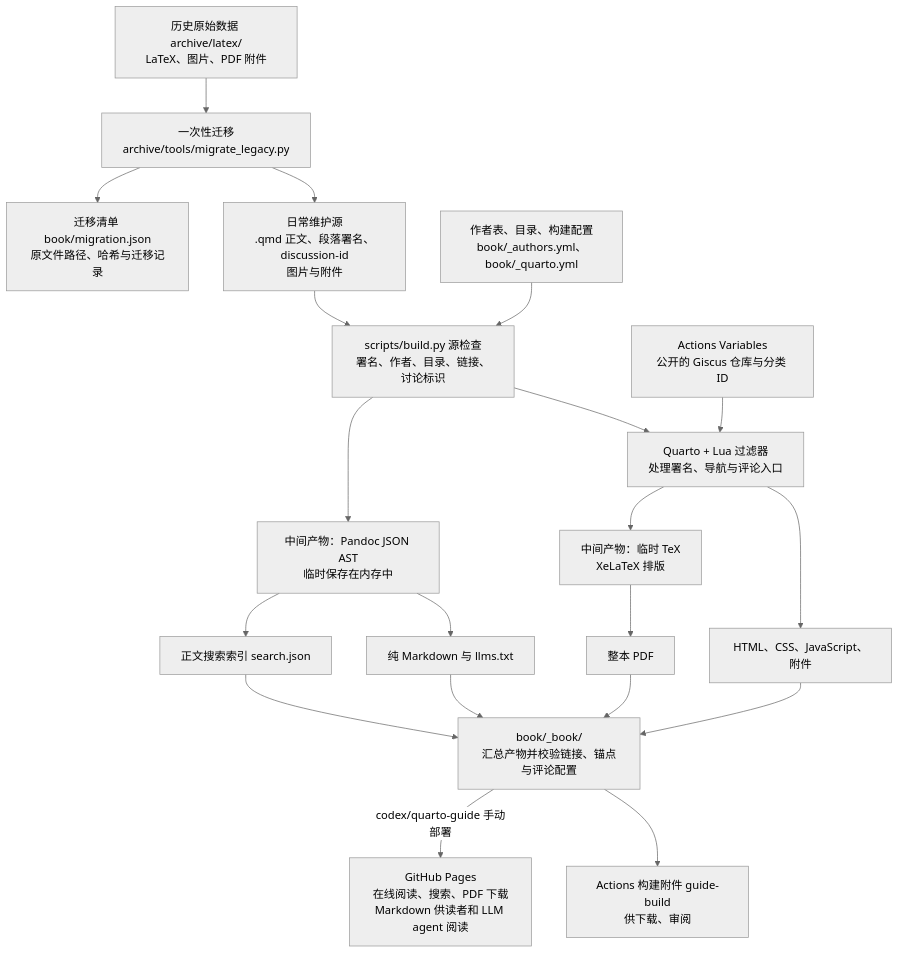
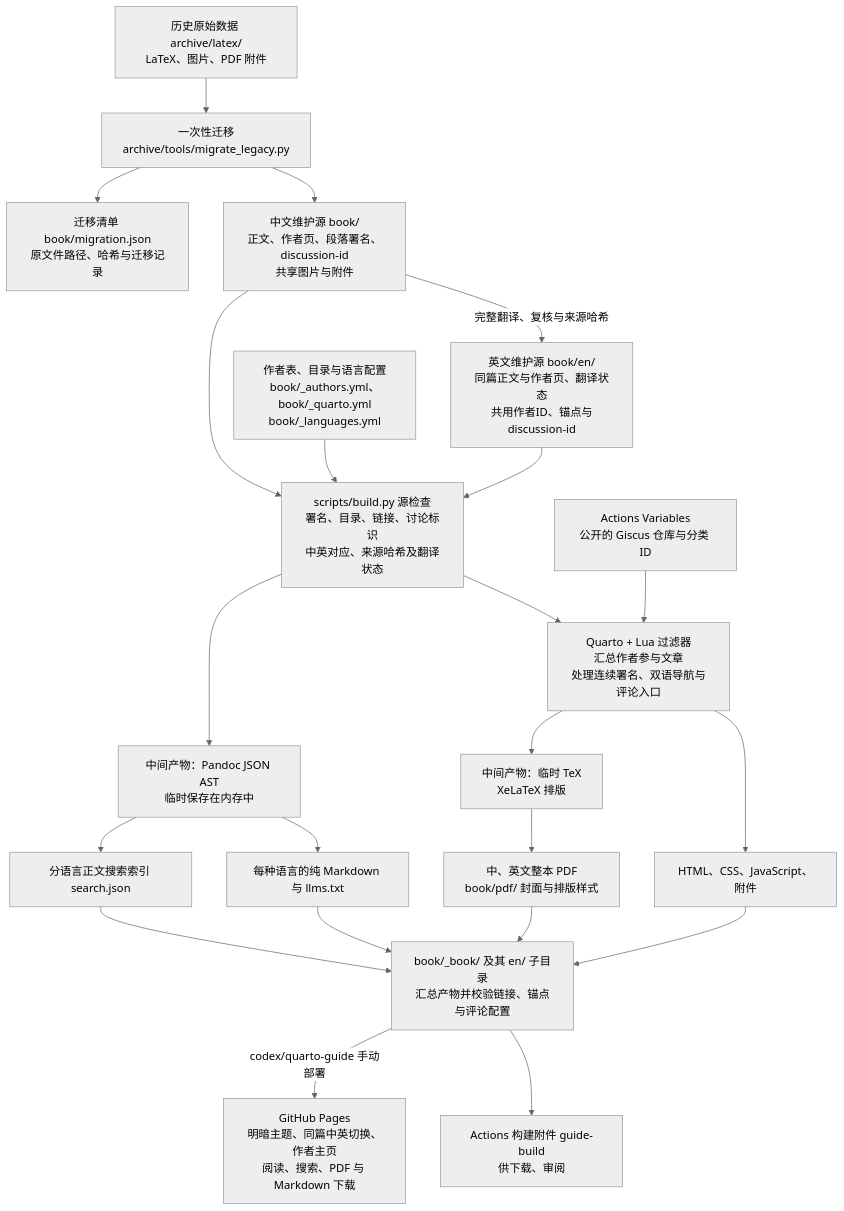
Before and after one commit to xp-pgrs-unofficial-guide/xp_pgrs_unofficial_guide: the first of 2 diagrams in docs/data-flow.md, drawn with Mermaid (neutral theme). The commit also changed other lines of this file and 91 other files, not shown here.

````diff
--- a/docs/data-flow.md
+++ b/docs/data-flow.md
@@ -7,30 +7,32 @@
 ```mermaid
 flowchart TD
     OLD["历史原始数据 archive/latex/<br/>LaTeX、图片、PDF 附件"]
     OLD --> MIG["一次性迁移<br/>archive/tools/migrate_legacy.py"]
-    MIG --> SRC["日常维护源<br/>.qmd 正文、段落署名、discussion-id<br/>图片与附件"]
+    MIG --> SRC["中文维护源 book/<br/>正文、作者页、段落署名、discussion-id<br/>共享图片与附件"]
+    SRC -->|"完整翻译、复核与来源哈希"| EN["英文维护源 book/en/<br/>同篇正文与作者页、翻译状态<br/>共用作者ID、锚点与discussion-id"]
     MIG --> MAN["迁移清单 book/migration.json<br/>原文件路径、哈希与迁移记录"]
 
-    META["作者表、目录、构建配置<br/>book/_authors.yml、book/_quarto.yml"]
-    SRC --> CHECK["scripts/build.py 源检查<br/>署名、作者、目录、链接、讨论标识"]
+    META["作者表、目录与语言配置<br/>book/_authors.yml、book/_quarto.yml<br/>book/_languages.yml"]
+    SRC --> CHECK["scripts/build.py 源检查<br/>署名、目录、链接、讨论标识<br/>中英对应、来源哈希及翻译状态"]
+    EN --> CHECK
     META --> CHECK
 
-    CHECK --> RENDER["Quarto + Lua 过滤器<br/>处理署名、导航与评论入口"]
+    CHECK --> RENDER["Quarto + Lua 过滤器<br/>汇总作者参与文章<br/>处理连续署名、双语导航与评论入口"]
     VARS["Actions Variables<br/>公开的 Giscus 仓库与分类 ID"] --> RENDER
 
     RENDER --> HTML["HTML、CSS、JavaScript、附件"]
     RENDER --> TEX["中间产物：临时 TeX<br/>XeLaTeX 排版"]
-    TEX --> PDF["整本 PDF"]
+    TEX --> PDF["中、英文整本 PDF<br/>book/pdf/ 封面与排版样式"]
 
     CHECK --> AST["中间产物：Pandoc JSON AST<br/>临时保存在内存中"]
-    AST --> MD["纯 Markdown 与 llms.txt"]
-    AST --> SEARCH["正文搜索索引 search.json"]
+    AST --> MD["每种语言的纯 Markdown 与 llms.txt"]
+    AST --> SEARCH["分语言正文搜索索引 search.json"]
 
-    HTML --> OUT["book/_book/<br/>汇总产物并校验链接、锚点与评论配置"]
+    HTML --> OUT["book/_book/ 及其 en/ 子目录<br/>汇总产物并校验链接、锚点与评论配置"]
     PDF --> OUT
     MD --> OUT
     SEARCH --> OUT
 
     OUT --> ART["Actions 构建附件 guide-build<br/>供下载、审阅"]
-    OUT -->|"codex/quarto-guide 手动部署"| PAGES["GitHub Pages<br/>在线阅读、搜索、PDF 下载<br/>Markdown 供读者和 LLM agent 阅读"]
+    OUT -->|"codex/quarto-guide 手动部署"| PAGES["GitHub Pages<br/>明暗主题、同篇中英切换、作者主页<br/>阅读、搜索、PDF 与 Markdown 下载"]
 ```
````
